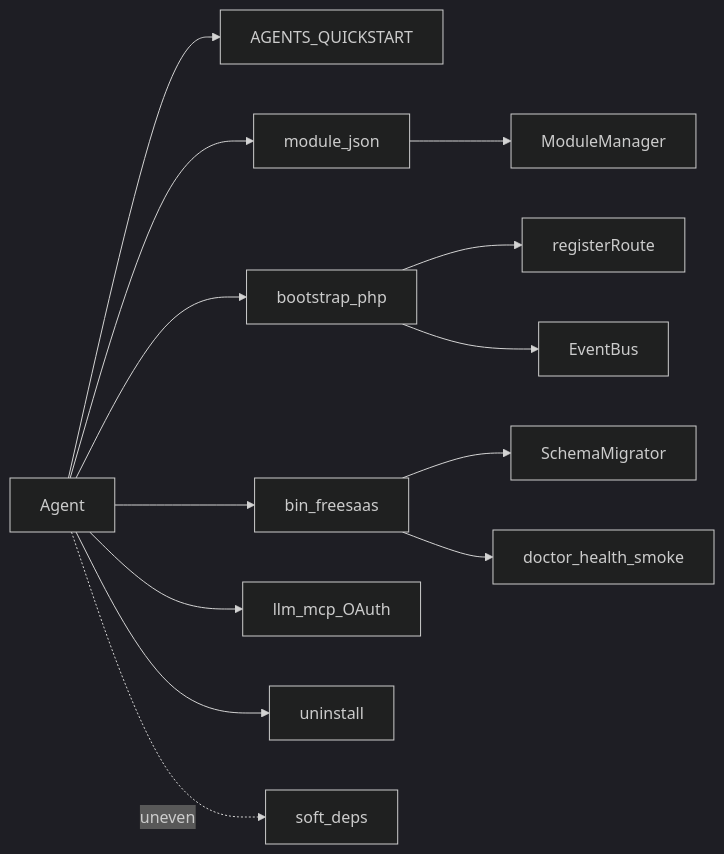
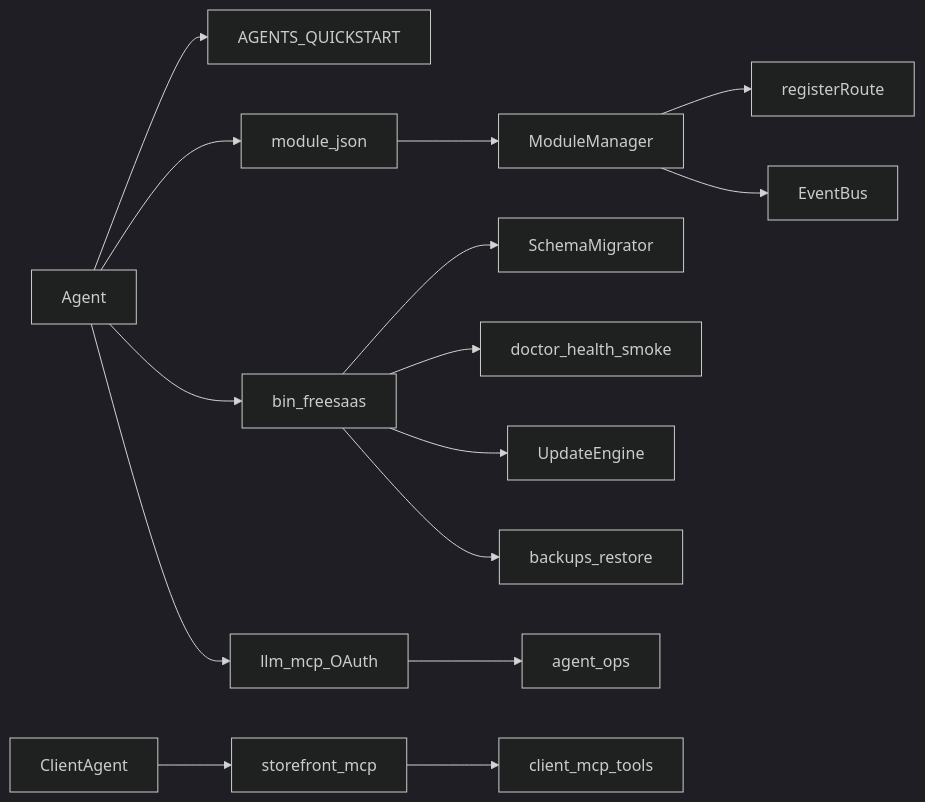
One commit to FreeSaaSProject/freesaas changed the first of 2 diagrams in docs/agent-native-audit.md. Above: the diagram before and after it, drawn with Mermaid (dark theme). The commit also changed other lines of this file and 52 other files, not shown here.

Commit message:
sites: theme parent inheritance and agent host/theme ops; docs CI guards.

````diff
--- a/docs/agent-native-audit.md
+++ b/docs/agent-native-audit.md
@@ -68,15 +97,17 @@
 ```mermaid
 flowchart LR
   agent[Agent] --> docs[AGENTS_QUICKSTART]
   agent --> manifest[module_json]
-  agent --> bootstrap[bootstrap_php]
   agent --> cli[bin_freesaas]
   agent --> mcp[llm_mcp_OAuth]
+  client[ClientAgent] --> clientMcp[storefront_mcp]
   manifest --> discover[ModuleManager]
-  bootstrap --> routes[registerRoute]
-  bootstrap --> events[EventBus]
+  discover --> routes[registerRoute]
+  discover --> events[EventBus]
   cli --> migrate[SchemaMigrator]
   cli --> doctor[doctor_health_smoke]
-  agent --> uninstall[uninstall]
-  agent -.->|uneven| softDeps[soft_deps]
+  cli --> update[UpdateEngine]
+  cli --> backups[backups_restore]
+  mcp --> ops[agent_ops]
+  clientMcp --> tools[client_mcp_tools]
 ```
````
